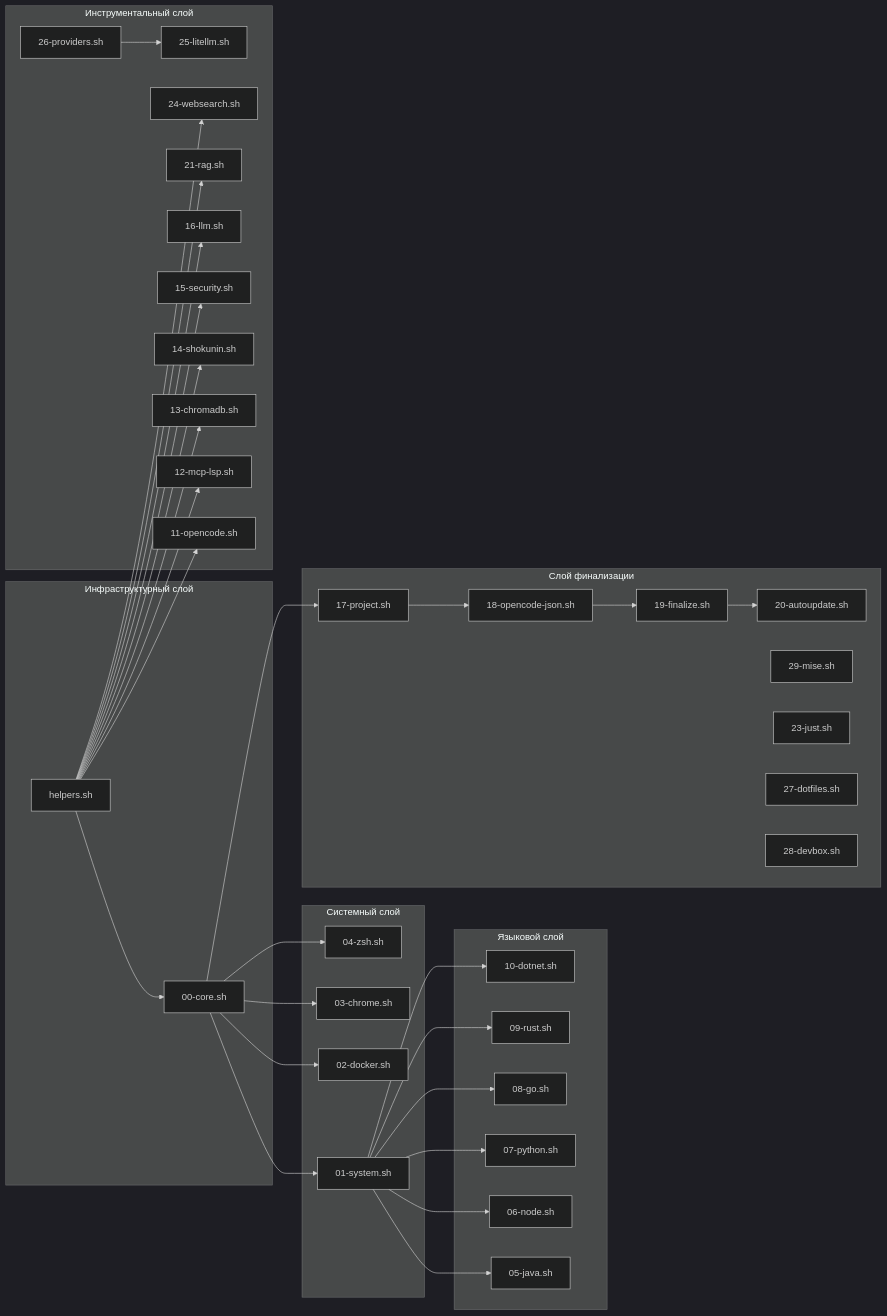
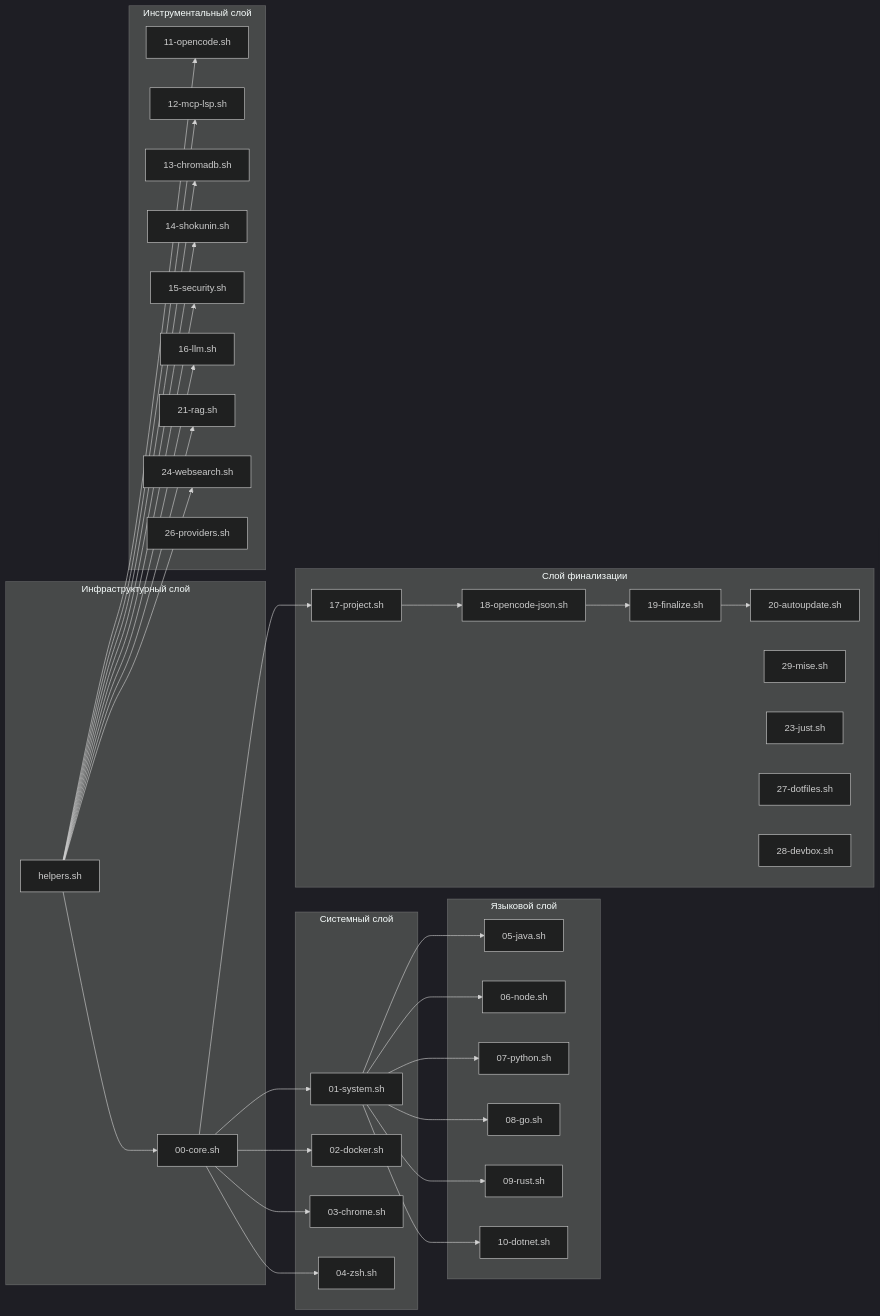
The fifth of 5 diagrams in docs/architecture/index.ru.md (AlexanderNarbaev/opencode_initializer), drawn with Mermaid (dark theme) before and after one commit. The commit also changed other lines of this file and 84 other files, not shown here.

````diff
--- a/docs/architecture/index.ru.md
+++ b/docs/architecture/index.ru.md
@@ -150,76 +148,74 @@
 ```mermaid
 graph LR
     subgraph "Инфраструктурный слой"
         helpers["helpers.sh"]
         core["00-core.sh"]
     end
 
     subgraph "Системный слой"
         sys["01-system.sh"]
         docker["02-docker.sh"]
         chrome["03-chrome.sh"]
         zsh["04-zsh.sh"]
     end
 
     subgraph "Языковой слой"
         java["05-java.sh"]
         node["06-node.sh"]
         python["07-python.sh"]
         go["08-go.sh"]
         rust["09-rust.sh"]
         dotnet["10-dotnet.sh"]
     end
 
     subgraph "Инструментальный слой"
         opencode["11-opencode.sh"]
         mcp["12-mcp-lsp.sh"]
         chromadb["13-chromadb.sh"]
         shokunin["14-shokunin.sh"]
         sec["15-security.sh"]
         llm["16-llm.sh"]
         rag["21-rag.sh"]
         websearch["24-websearch.sh"]
-        litellm["25-litellm.sh"]
         providers["26-providers.sh"]
     end
 
     subgraph "Слой финализации"
         project["17-project.sh"]
         json["18-opencode-json.sh"]
         finalize["19-finalize.sh"]
         update["20-autoupdate.sh"]
         mise["29-mise.sh"]
         just["23-just.sh"]
         dotfiles["27-dotfiles.sh"]
         devbox["28-devbox.sh"]
     end
 
     helpers --> core
     core --> sys
     core --> docker
     core --> chrome
     core --> zsh
 
     sys --> java
     sys --> node
     sys --> python
     sys --> go
     sys --> rust
     sys --> dotnet
 
     helpers --> opencode
     helpers --> mcp
     helpers --> chromadb
     helpers --> shokunin
     helpers --> sec
     helpers --> llm
     helpers --> rag
     helpers --> websearch
 
-    providers --> litellm
 
     core --> project
     project --> json
     json --> finalize
     finalize --> update
 ```
````
